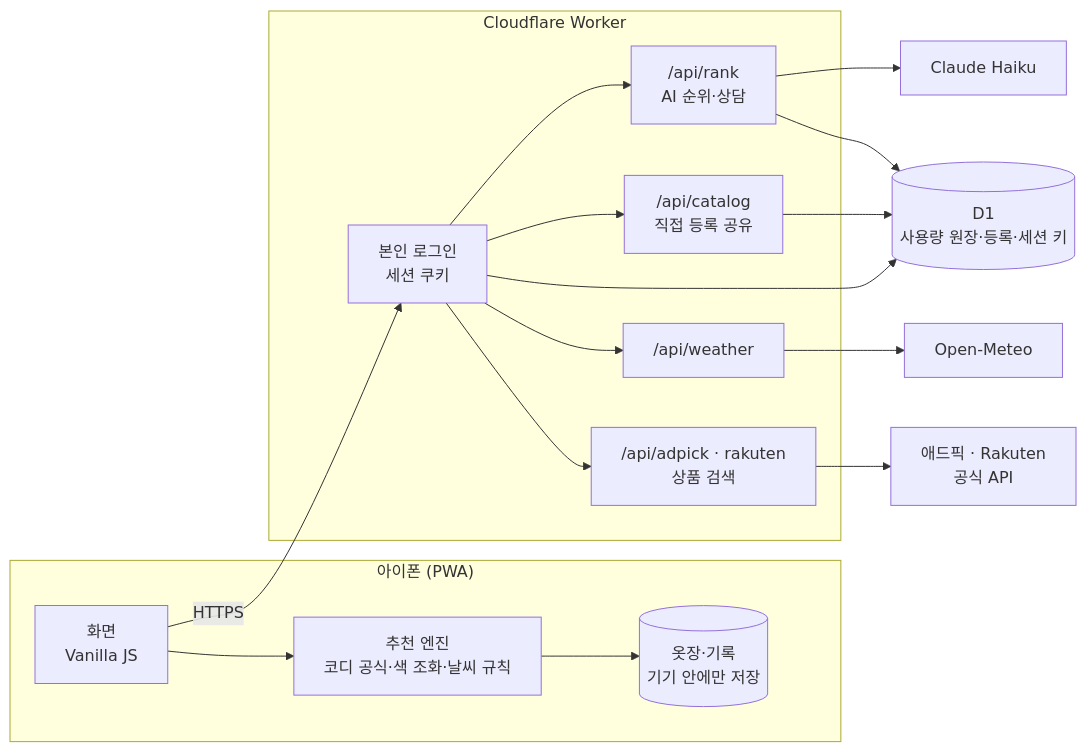
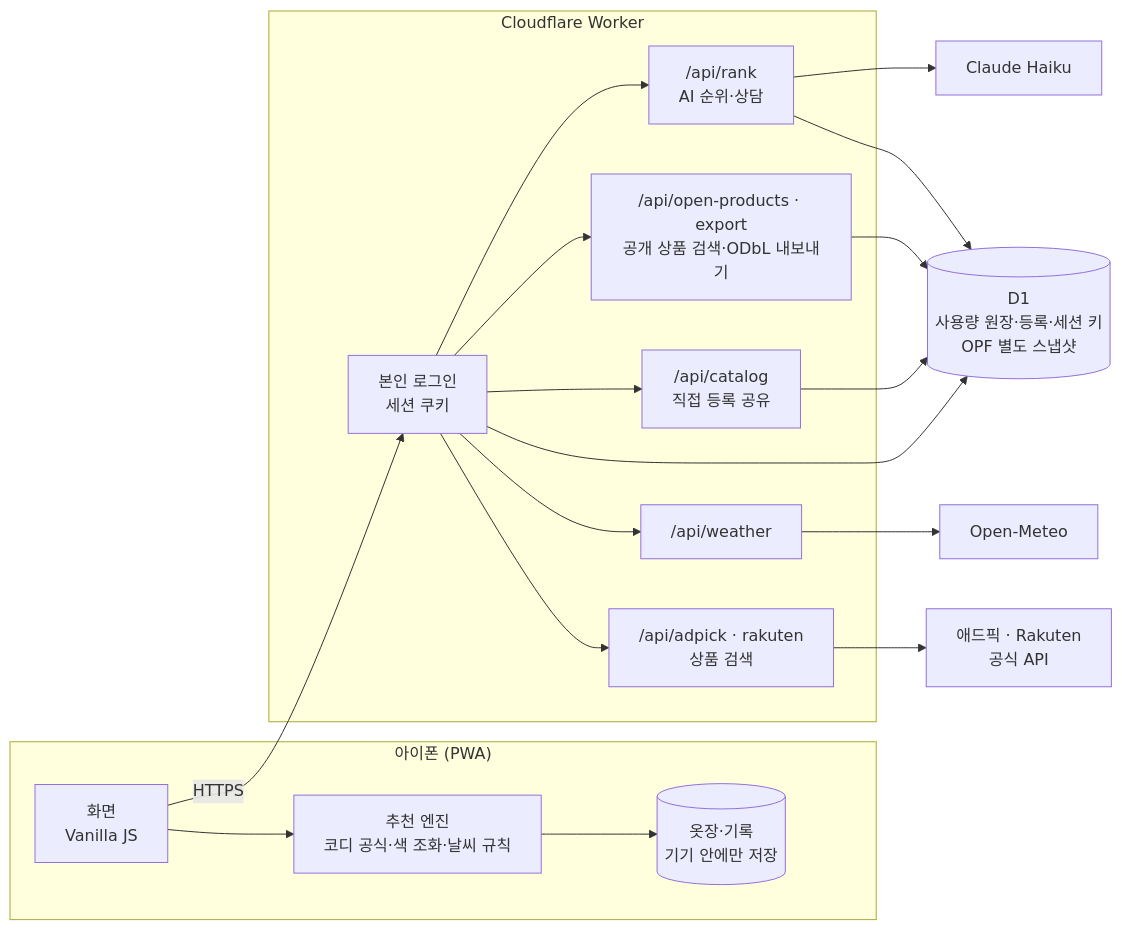
Before and after one commit to daedaem/otjang: the diagram in README.md, drawn with Mermaid. The commit also changed other lines of this file and 9 other files, not shown here.

````diff
--- a/README.md
+++ b/README.md
@@ -58,29 +61,30 @@
 ```mermaid
 flowchart LR
   subgraph Phone["아이폰 (PWA)"]
     UI["화면<br/>Vanilla JS"]
     Core["추천 엔진<br/>코디 공식·색 조화·날씨 규칙"]
     Store[("옷장·기록<br/>기기 안에만 저장")]
     UI --> Core --> Store
   end
 
   subgraph Worker["Cloudflare Worker"]
     Auth["본인 로그인<br/>세션 쿠키"]
     Rank["/api/rank<br/>AI 순위·상담"]
     Weather["/api/weather"]
     Search["/api/adpick · rakuten<br/>상품 검색"]
+    Open["/api/open-products · export<br/>공개 상품 검색·ODbL 내보내기"]
     Crowd["/api/catalog<br/>직접 등록 공유"]
   end
 
-  D1[("D1<br/>사용량 원장·등록·세션 키")]
+  D1[("D1<br/>사용량 원장·등록·세션 키<br/>OPF 별도 스냅샷")]
   Claude["Claude Haiku"]
   Meteo["Open-Meteo"]
   Shops["애드픽 · Rakuten<br/>공식 API"]
 
   UI -->|HTTPS| Auth
-  Auth --> Rank & Weather & Search & Crowd
+  Auth --> Rank & Weather & Search & Open & Crowd
   Rank --> Claude
-  Rank & Crowd & Auth --> D1
+  Rank & Open & Crowd & Auth --> D1
   Weather --> Meteo
   Search --> Shops
 ```
````
